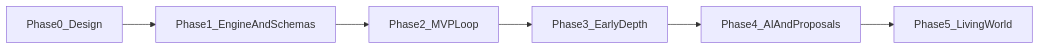
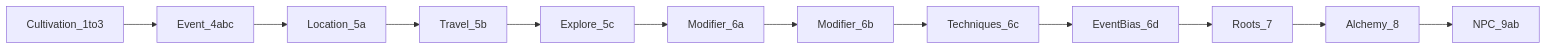
The diagram in docs/DEVELOPMENT_ROADMAP.md (benman500/AI-Adventure), drawn with Mermaid before and after one commit. The commit also changed other lines of this file and 122 other files, not shown here.

````diff
--- a/docs/DEVELOPMENT_ROADMAP.md
+++ b/docs/DEVELOPMENT_ROADMAP.md
@@ -66,10 +67,16 @@
 ```mermaid
 flowchart LR
-  p0[Phase0_Design]
-  p1[Phase1_EngineAndSchemas]
-  p2[Phase2_MVPLoop]
-  p3[Phase3_EarlyDepth]
-  p4[Phase4_AIAndProposals]
-  p5[Phase5_LivingWorld]
-  p0 --> p1 --> p2 --> p3 --> p4 --> p5
+  c1[Cultivation_1to3]
+  e4[Event_4abc]
+  l5a[Location_5a]
+  l5b[Travel_5b]
+  l5c[Explore_5c]
+  m6a[Modifier_6a]
+  m6b[Modifier_6b]
+  t6c[Techniques_6c]
+  e6d[EventBias_6d]
+  r7[Roots_7]
+  a8[Alchemy_8]
+  n9[NPC_9ab]
+  c1 --> e4 --> l5a --> l5b --> l5c --> m6a --> m6b --> t6c --> e6d --> r7 --> a8 --> n9
 ```
````
